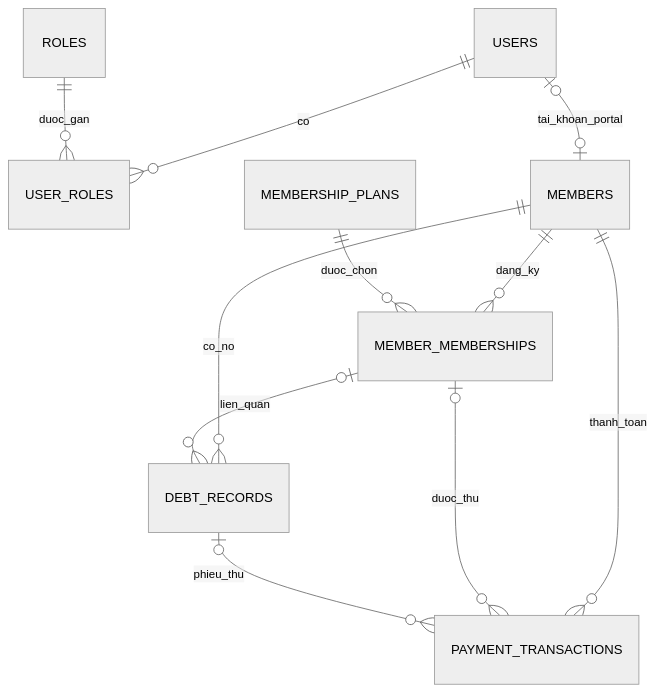
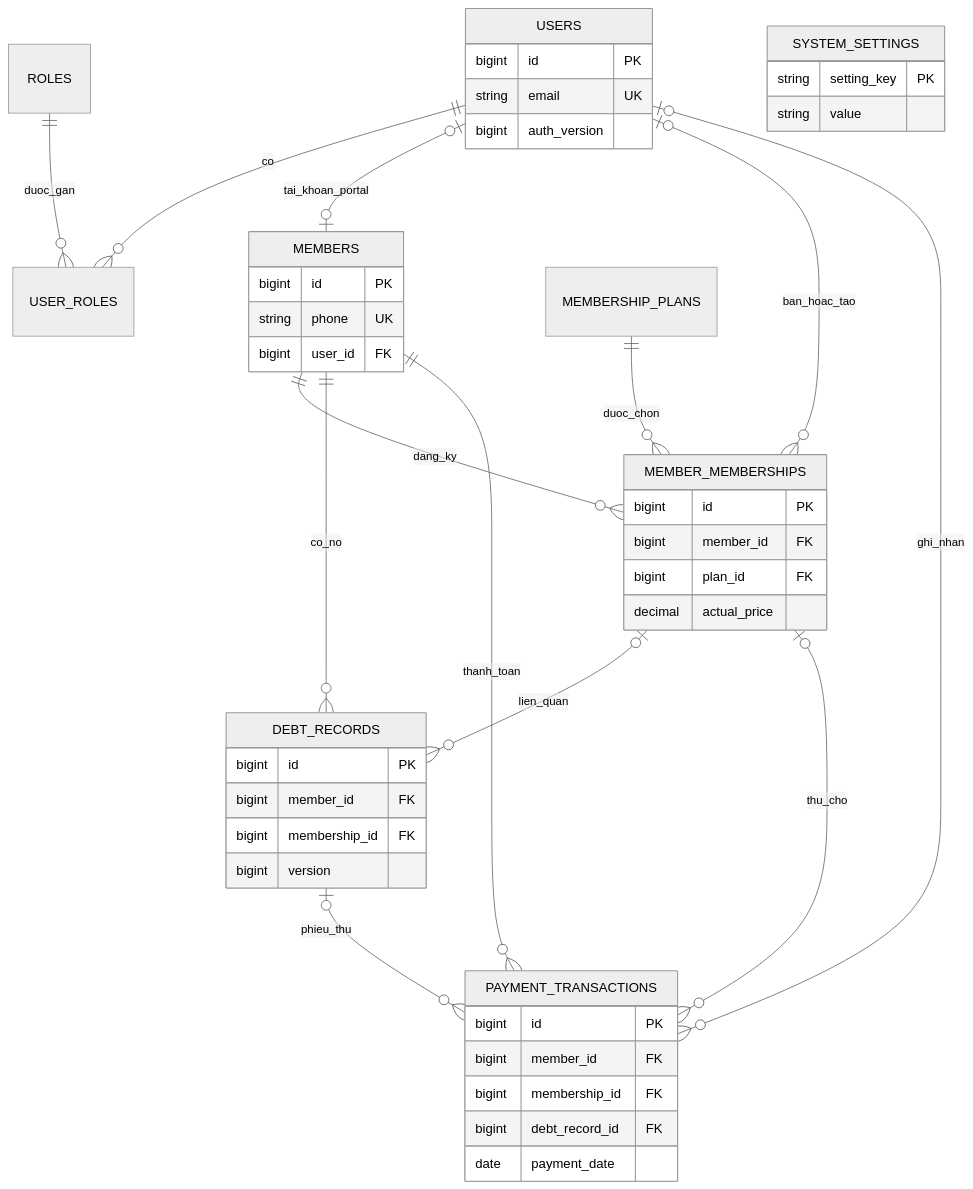
One commit to doanthetin193/gym-management-system changed diagram 13 of 14 in internship/final_report/bao-cao-tong-ket-do-an.md. Above: the diagram before and after it, drawn with Mermaid (neutral theme). The commit also changed other lines of this file and 55 other files, not shown here.

````diff
--- a/internship/final_report/bao-cao-tong-ket-do-an.md
+++ b/internship/final_report/bao-cao-tong-ket-do-an.md
@@ -769,13 +993,49 @@
 ```mermaid
 erDiagram
     USERS ||--o{ USER_ROLES : co
     ROLES ||--o{ USER_ROLES : duoc_gan
     USERS o|--o| MEMBERS : tai_khoan_portal
+    USERS o|--o{ MEMBER_MEMBERSHIPS : ban_hoac_tao
+    USERS o|--o{ PAYMENT_TRANSACTIONS : ghi_nhan
     MEMBERS ||--o{ MEMBER_MEMBERSHIPS : dang_ky
     MEMBERSHIP_PLANS ||--o{ MEMBER_MEMBERSHIPS : duoc_chon
     MEMBERS ||--o{ DEBT_RECORDS : co_no
     MEMBER_MEMBERSHIPS o|--o{ DEBT_RECORDS : lien_quan
     MEMBERS ||--o{ PAYMENT_TRANSACTIONS : thanh_toan
-    MEMBER_MEMBERSHIPS o|--o{ PAYMENT_TRANSACTIONS : duoc_thu
+    MEMBER_MEMBERSHIPS o|--o{ PAYMENT_TRANSACTIONS : thu_cho
     DEBT_RECORDS o|--o{ PAYMENT_TRANSACTIONS : phieu_thu
+
+    USERS {
+        bigint id PK
+        string email UK
+        bigint auth_version
+    }
+    MEMBERS {
+        bigint id PK
+        string phone UK
+        bigint user_id FK
+    }
+    MEMBER_MEMBERSHIPS {
+        bigint id PK
+        bigint member_id FK
+        bigint plan_id FK
+        decimal actual_price
+    }
+    DEBT_RECORDS {
+        bigint id PK
+        bigint member_id FK
+        bigint membership_id FK
+        bigint version
+    }
+    PAYMENT_TRANSACTIONS {
+        bigint id PK
+        bigint member_id FK
+        bigint membership_id FK
+        bigint debt_record_id FK
+        date payment_date
+    }
+    SYSTEM_SETTINGS {
+        string setting_key PK
+        string value
+    }
 ```
````
